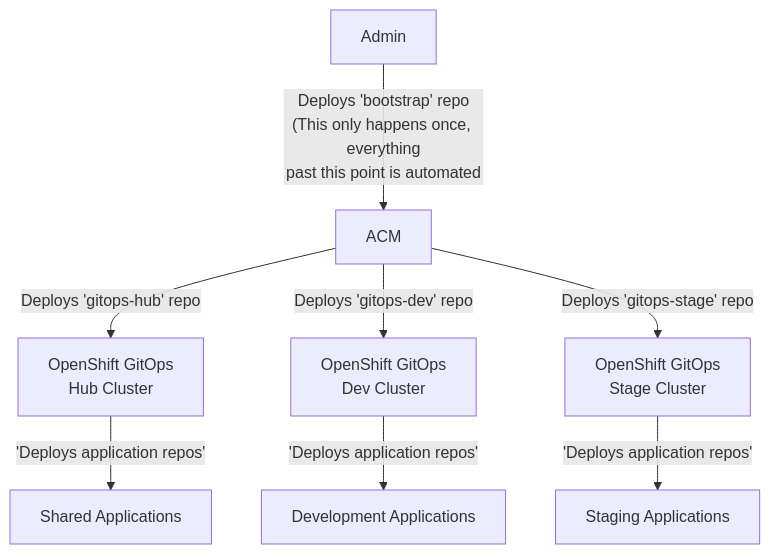
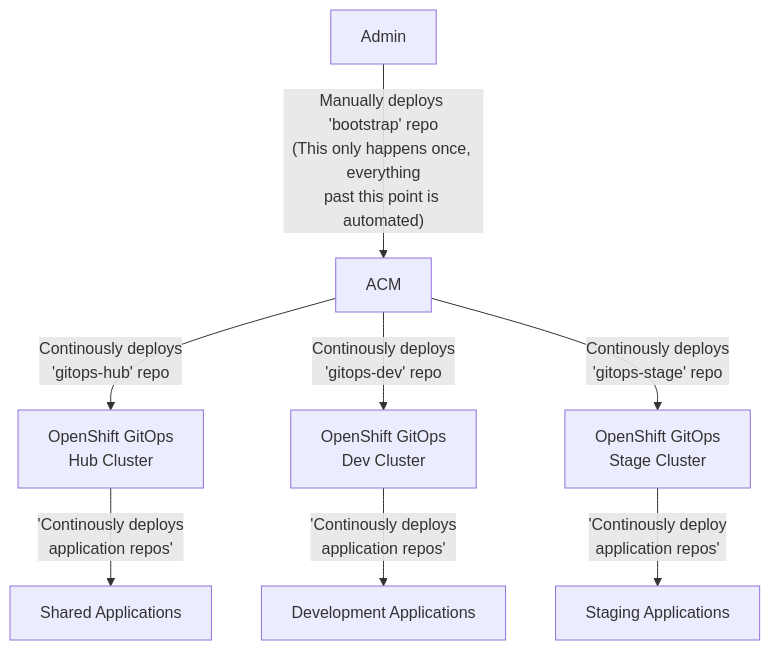
One commit to hello-world-gitops/.github changed the second of 2 diagrams in profile/README.md. Above: the diagram before and after it, drawn with Mermaid.

Commit message:
Clarify manual vs continously deployments

````diff
--- a/profile/README.md
+++ b/profile/README.md
@@ -38,24 +38,24 @@
 ```mermaid
 graph TD
         Admin
 
         ACM
 
         GitOpsDev["OpenShift GitOps<br />Dev Cluster"]
         GitOpsStage["OpenShift GitOps<br />Stage Cluster"]
         GitOpsHub["OpenShift GitOps<br />Hub Cluster"]
 
         DevApplications["Development Applications"]
         StageApplications["Staging Applications"]
         SharedApplications["Shared Applications"]
 
-        Admin -- "Deploys 'bootstrap' repo<br />(This only happens once, everything<br />past this point is automated" --> ACM
+        Admin -- "Manually deploys 'bootstrap' repo<br />(This only happens once, everything<br />past this point is automated)" --> ACM
 
-        ACM -- "Deploys 'gitops-hub' repo" --> GitOpsHub
-        ACM -- "Deploys 'gitops-dev' repo" --> GitOpsDev
-        ACM -- "Deploys 'gitops-stage' repo" --> GitOpsStage
+        ACM -- "Continously deploys<br />'gitops-hub' repo" --> GitOpsHub
+        ACM -- "Continously deploys<br />'gitops-dev' repo" --> GitOpsDev
+        ACM -- "Continously deploys<br />'gitops-stage' repo" --> GitOpsStage
 
-        GitOpsHub -- 'Deploys application repos' --> SharedApplications
-        GitOpsDev -- 'Deploys application repos' --> DevApplications
-        GitOpsStage -- 'Deploys application repos' --> StageApplications
+        GitOpsHub -- 'Continously deploys<br />application repos' --> SharedApplications
+        GitOpsDev -- 'Continously deploys<br />application repos' --> DevApplications
+        GitOpsStage -- 'Continously deploy<br />application repos' --> StageApplications
 ```
````
